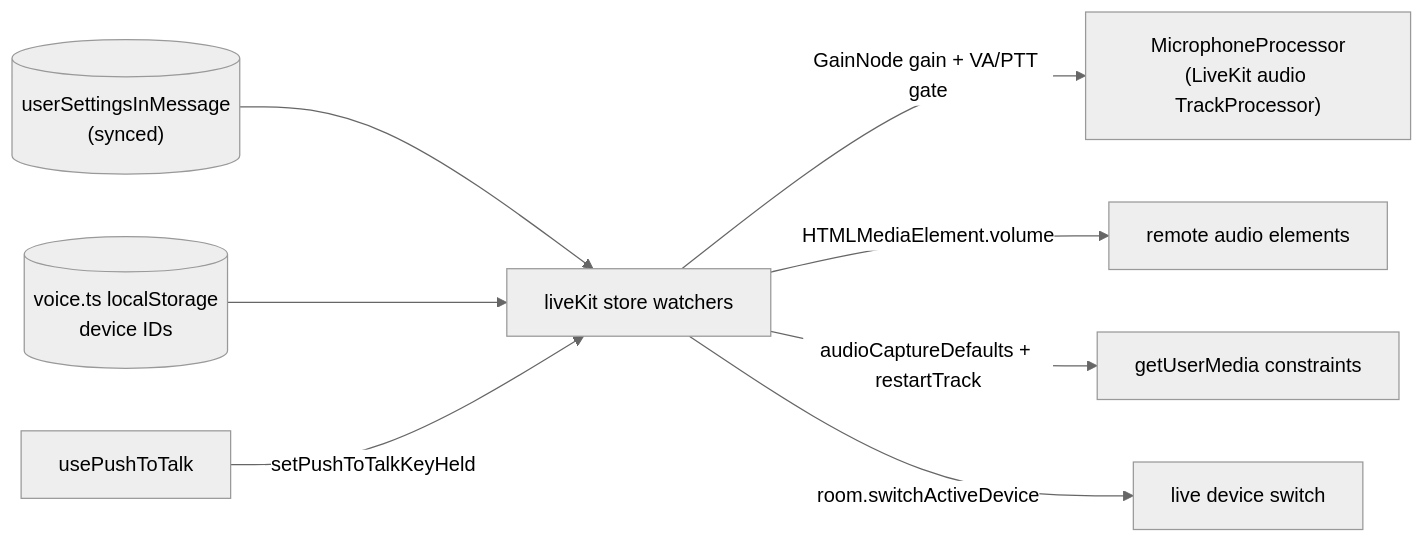
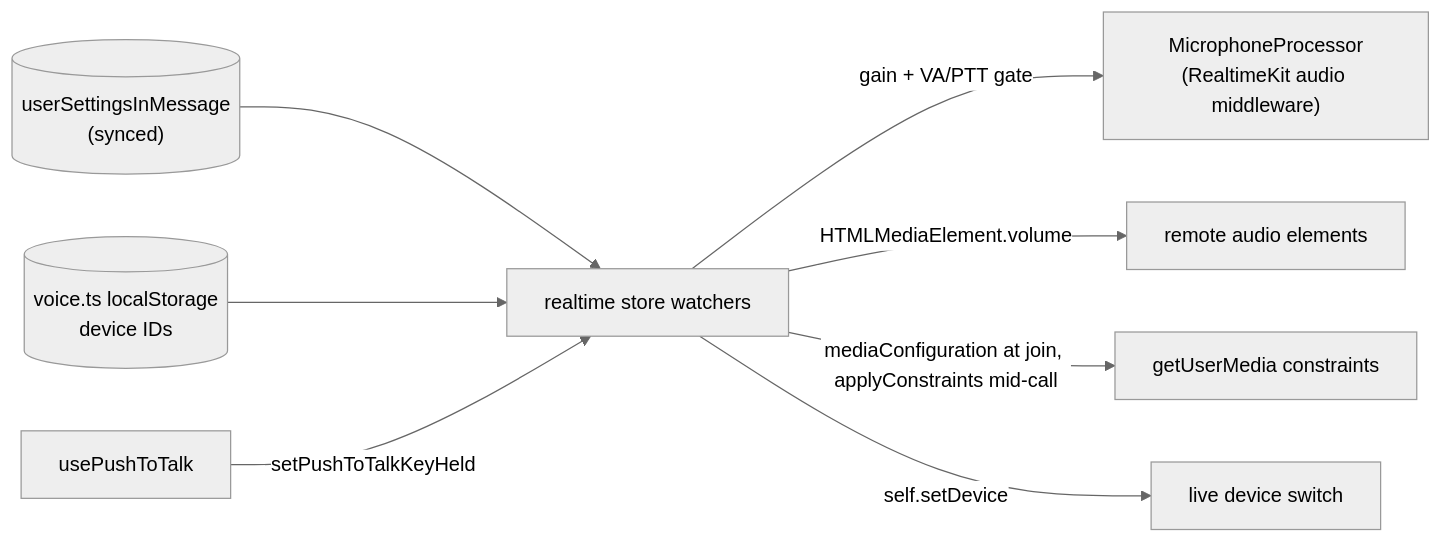
One commit to Esposter/Esposter changed the diagram in openspec/specs/esbabbler/voice-video/design.md. Above: the diagram before and after it, drawn with Mermaid (neutral theme). The commit also changed other lines of this file and 39 other files, not shown here.

First line of the commit message:
feat(calls): the client's calls run on RealtimeKit

````diff
--- a/openspec/specs/esbabbler/voice-video/design.md
+++ b/openspec/specs/esbabbler/voice-video/design.md
@@ -14,10 +14,10 @@
 ```mermaid
 flowchart LR
-  DB[("userSettingsInMessage<br/>(synced)")] --> LK["liveKit store watchers"]
-  LOCAL[("voice.ts localStorage<br/>device IDs")] --> LK
-  PTT["usePushToTalk"] -->|"setPushToTalkKeyHeld"| LK
-  LK -->|"GainNode gain + VA/PTT gate"| MP["MicrophoneProcessor<br/>(LiveKit audio TrackProcessor)"]
-  LK -->|"HTMLMediaElement.volume"| SPK["remote audio elements"]
-  LK -->|"audioCaptureDefaults + restartTrack"| GUM["getUserMedia constraints"]
-  LK -->|"room.switchActiveDevice"| DEV["live device switch"]
+  DB[("userSettingsInMessage<br/>(synced)")] --> RT["realtime store watchers"]
+  LOCAL[("voice.ts localStorage<br/>device IDs")] --> RT
+  PTT["usePushToTalk"] -->|"setPushToTalkKeyHeld"| RT
+  RT -->|"gain + VA/PTT gate"| MP["MicrophoneProcessor<br/>(RealtimeKit audio middleware)"]
+  RT -->|"HTMLMediaElement.volume"| SPK["remote audio elements"]
+  RT -->|"mediaConfiguration at join, applyConstraints mid-call"| GUM["getUserMedia constraints"]
+  RT -->|"self.setDevice"| DEV["live device switch"]
 ```
````
